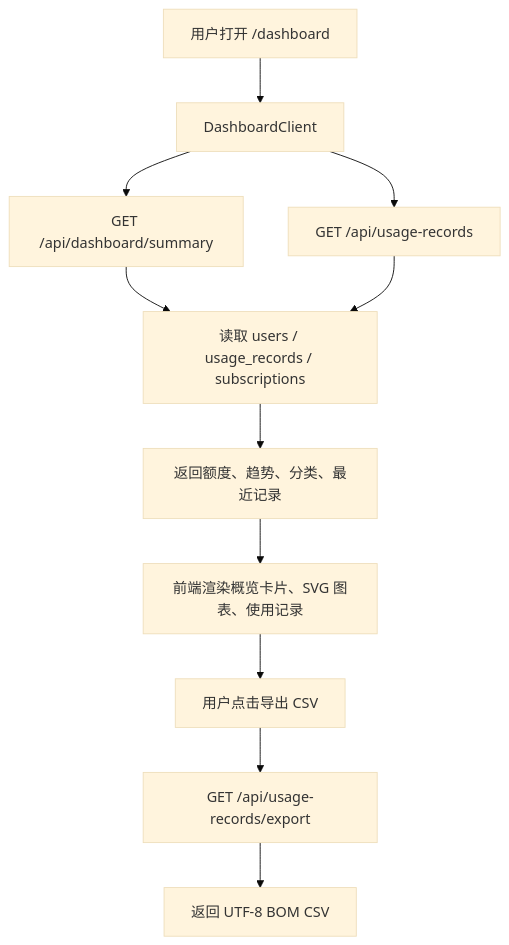
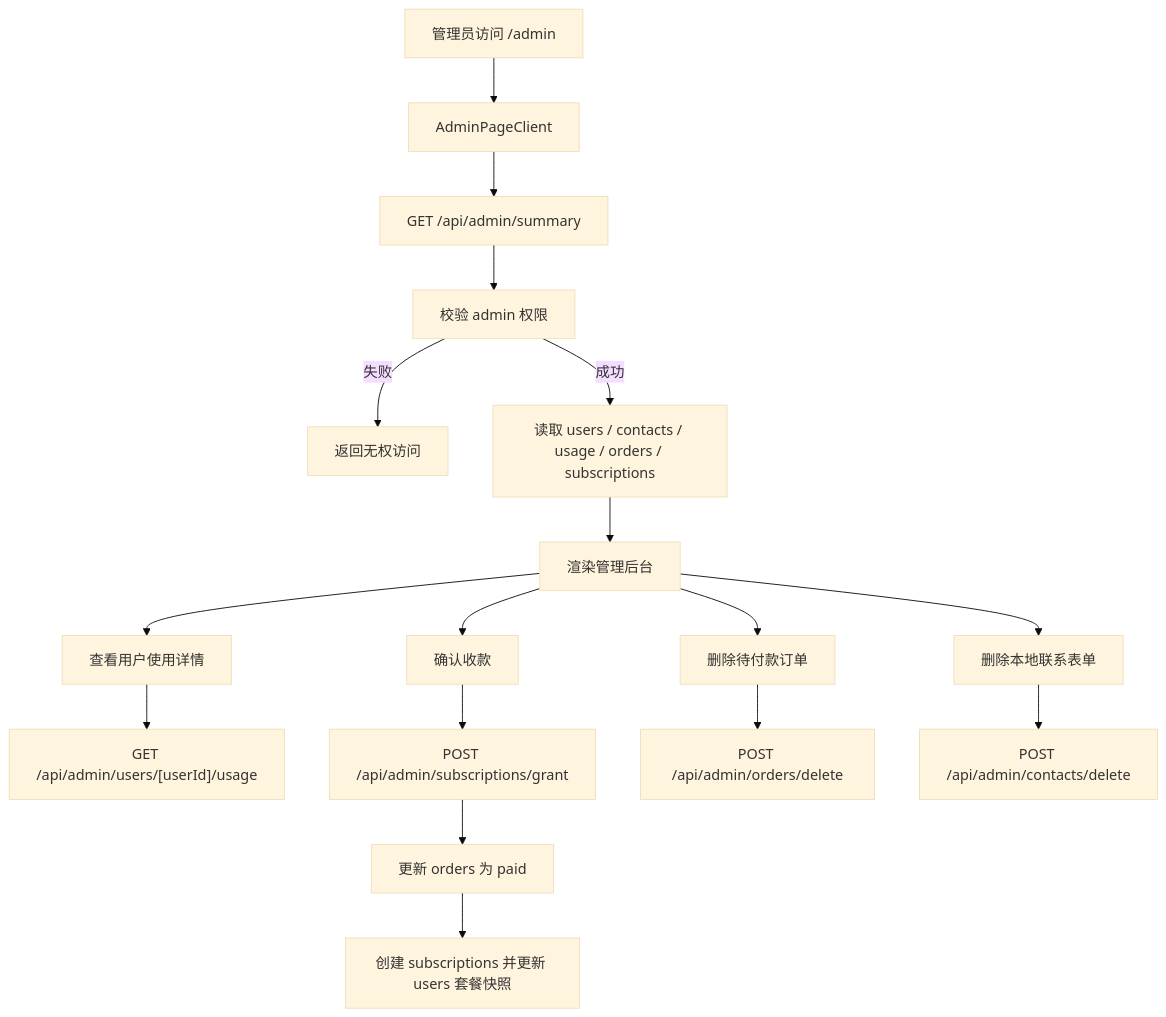
The seventh of 11 diagrams in docs/AI工具箱V2.0完整技术文档.md (yan073747/ai-office-toolbox), drawn with Mermaid (base theme) before and after one commit. The commit also changed other lines of this file, not shown here.

````diff
--- a/docs/AI工具箱V2.0完整技术文档.md
+++ b/docs/AI工具箱V2.0完整技术文档.md
@@ -883,13 +750,19 @@
 ```mermaid
 flowchart TD
-  A["用户打开 /dashboard"] --> B["DashboardClient"]
-  B --> C["GET /api/dashboard/summary"]
-  B --> D["GET /api/usage-records"]
-  C --> E["读取 users / usage_records / subscriptions"]
-  D --> E
-  E --> F["返回额度、趋势、分类、最近记录"]
-  F --> G["前端渲染概览卡片、SVG 图表、使用记录"]
-  G --> H["用户点击导出 CSV"]
-  H --> I["GET /api/usage-records/export"]
-  I --> J["返回 UTF-8 BOM CSV"]
+  A["管理员访问 /admin"] --> B["AdminPageClient"]
+  B --> C["GET /api/admin/summary"]
+  C --> D["校验 admin 权限"]
+  D -- 失败 --> E["返回无权访问"]
+  D -- 成功 --> F["读取 users / contacts / usage / orders / subscriptions"]
+  F --> G["渲染管理后台"]
+  G --> H["查看用户使用详情"]
+  H --> I["GET /api/admin/users/[userId]/usage"]
+  G --> J["确认收款"]
+  J --> K["POST /api/admin/subscriptions/grant"]
+  K --> L["更新 orders 为 paid"]
+  L --> M["创建 subscriptions 并更新 users 套餐快照"]
+  G --> N["删除待付款订单"]
+  N --> O["POST /api/admin/orders/delete"]
+  G --> P["删除本地联系表单"]
+  P --> Q["POST /api/admin/contacts/delete"]
 ```
````
